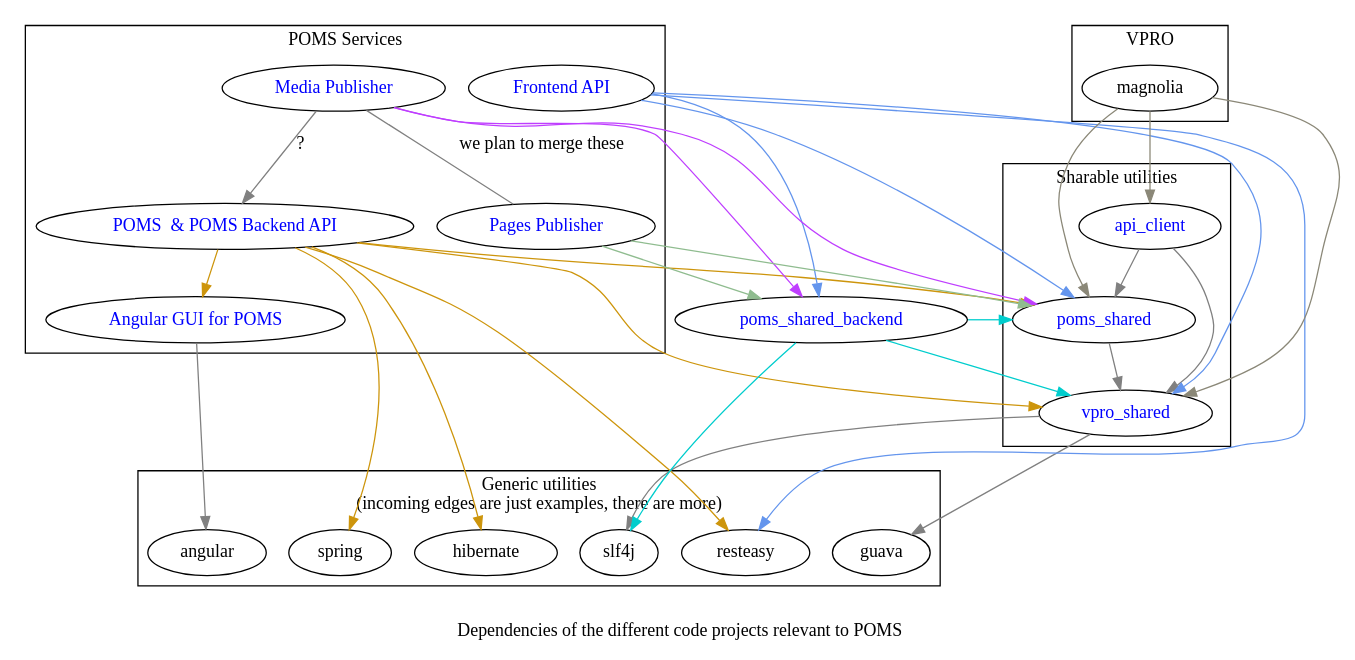
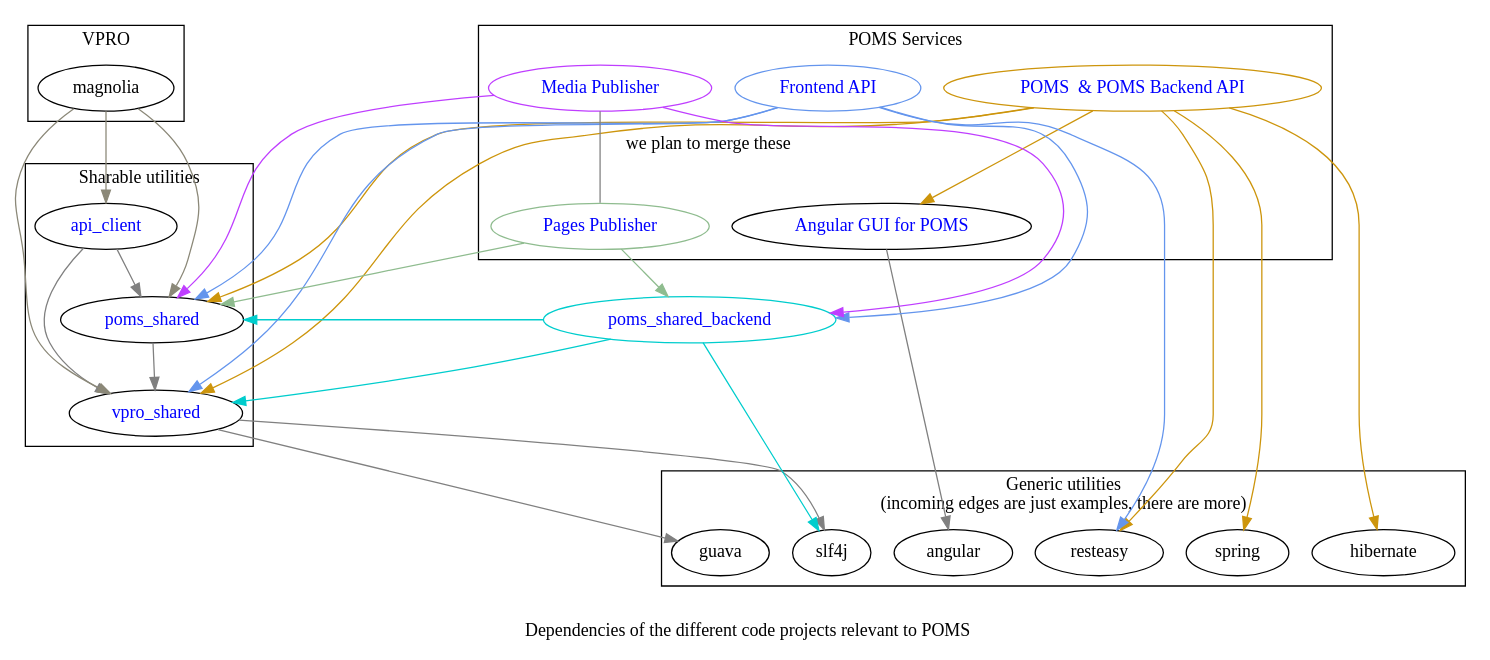
The diagram in poms-dependencies.dot (npo-poms/poms-parent), drawn with Graphviz before and after one commit. The commit also changed 2 other files, not shown here.

Commit message:
dependency media-publish -> poms-backend was already resolved

```diff
--- a/poms-dependencies.dot
+++ b/poms-dependencies.dot
@@ -1,112 +1,108 @@
-/*
 
-
-*/
 strict digraph {
   vpro_shared [ href="https://github.com/vpro/vpro-shared" fontcolor=blue ];
   poms_shared [ href="https://github.com/npo-poms/poms-shared" fontcolor=blue ];
   api_client [ href="https://github.com/npo-poms/api-client" fontcolor=blue ];
-  poms_backend [ label="POMS  & POMS Backend API" href="https://subversion.vpro.nl/viewvc/nl/vpro/media" fontcolor=blue ];
+  poms_backend [ label="POMS  & POMS Backend API" href="https://subversion.vpro.nl/viewvc/nl/vpro/media" fontcolor=blue color=darkgoldenrod3];
   poms_gui [ label="Angular GUI for POMS" href="https://subversion.vpro.nl/viewvc/nl/vpro/media-gui" fontcolor=blue ];
-  poms_shared_backend [ href="https://subversion.vpro.nl/viewvc/nl/publiekeomroep/poms-shared-backend/" fontcolor=blue ];
-  api [ label="Frontend API" href="https://subversion.vpro.nl/viewvc/nl/vpro/api/" fontcolor=blue ];
-  media_publish [ label="Media Publisher" href="https://subversion.vpro.nl/viewvc/nl/publiekeomroep/npo-publish/" fontcolor=blue ];
-  pages_publish [ label="Pages Publisher" href="https://subversion.vpro.nl/viewvc/nl/publiekeomroep/npo-publish/" fontcolor=blue ];
+  poms_shared_backend [ href="https://subversion.vpro.nl/viewvc/nl/publiekeomroep/poms-shared-backend/" fontcolor=blue color=cyan3 ];
+  api [ label="Frontend API" href="https://subversion.vpro.nl/viewvc/nl/vpro/api/" fontcolor=blue color=cornflowerblue];
+  media_publish [ label="Media Publisher" href="https://subversion.vpro.nl/viewvc/nl/publiekeomroep/npo-publish/" fontcolor=blue color=darkorchid1];
+  pages_publish [ label="Pages Publisher" href="https://subversion.vpro.nl/viewvc/nl/publiekeomroep/npo-publish/" fontcolor=blue color=darkseagreen ];
 
 
 
   label="
   Dependencies of the different code projects relevant to POMS";
 
   graph [
     splines = yes
   ]
 
 
   subgraph cluster_0  {
     label="Generic utilities\n(incoming edges are just examples, there are more)"
     //label="Utilities which we don't maintain. These are only some example. Also, not every edge is included";
     slf4j;
     guava;
     resteasy;
     spring;
     hibernate;
     angular;
 
   }
 
   subgraph cluster_1  {
     label="VPRO";
     magnolia;
   }
   subgraph cluster_2  {
     label="POMS Services";
     description="These are actually deployed";
     poms_gui
     poms_backend
     pages_publish
     media_publish
     api
   }
 
   subgraph cluster_4  {
     label="Sharable utilities";
     api_client; vpro_shared; poms_shared;
   }
 
 
   vpro_shared -> {
     slf4j
     guava}[color=gray];
   poms_shared -> vpro_shared[color=gray];
   poms_shared_backend -> {
     vpro_shared
     poms_shared
     slf4j
   }[color=cyan3]
 
   api -> {
     poms_shared
     poms_shared_backend
     vpro_shared
     resteasy
   }[color=cornflowerblue]
 
 
   pages_publish -> {
     poms_shared_backend
     poms_shared
   }[color=darkseagreen]
 
   media_publish -> {
     poms_shared
     poms_shared_backend
     }[color=darkorchid1]
 
-  media_publish -> poms_backend[color=gray weight=0.1 label="?"] // I  think this currently exists, but shouldn't
   media_publish -> pages_publish[color=gray label="we plan to merge these" dir=none]
 
   api_client -> {
     poms_shared
     vpro_shared
   }[color=gray]
 
 
   magnolia -> {
     api_client
     vpro_shared
     poms_shared
   }[color=cornsilk4]
 
   poms_backend -> {
     poms_shared
     poms_gui
     resteasy
     spring
     hibernate
     vpro_shared
   }[color=darkgoldenrod3]
   poms_gui -> angular[color=gray]
 
 
 }
```
